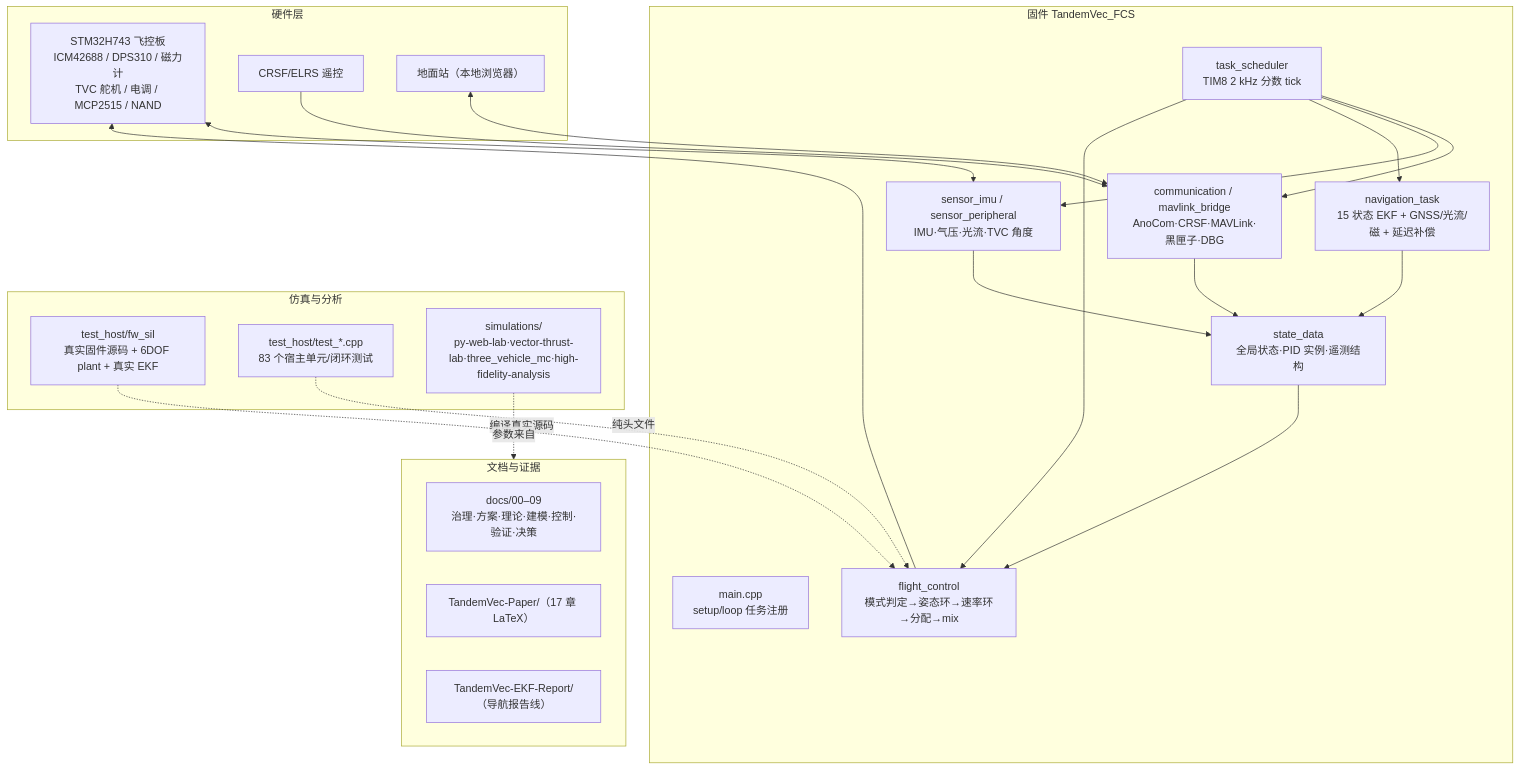
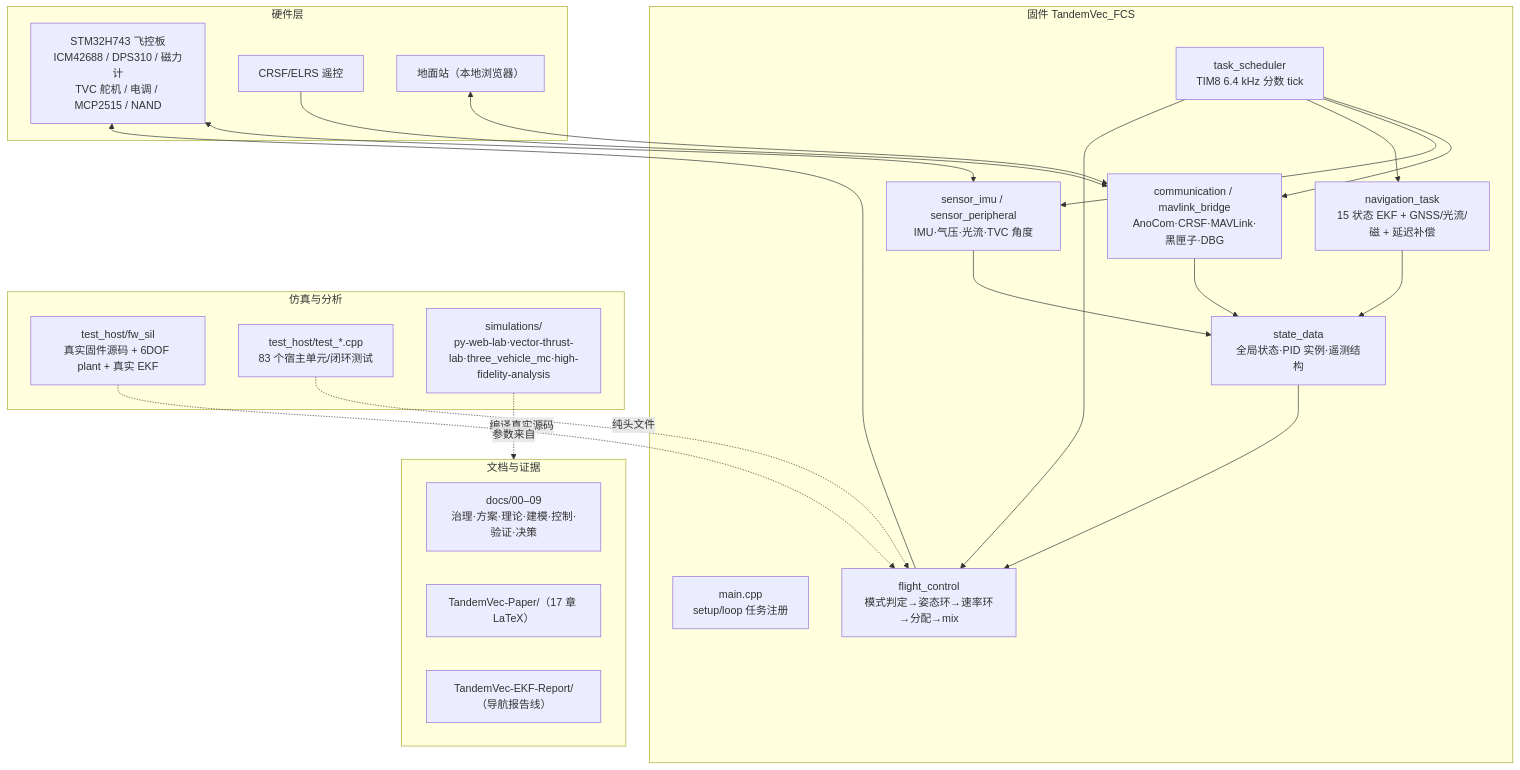
One commit to LShang001/tandem-twin-vector-thrust changed the diagram in docs/PROJECT-MAP.md. Above: the diagram before and after it, drawn with Mermaid. The commit also changed other lines of this file and 30 other files, not shown here.

````diff
--- a/docs/PROJECT-MAP.md
+++ b/docs/PROJECT-MAP.md
@@ -17,43 +17,43 @@
 ```mermaid
 flowchart TB
   subgraph HW["硬件层"]
     MCU["STM32H743 飞控板<br/>ICM42688 / DPS310 / 磁力计<br/>TVC 舵机 / 电调 / MCP2515 / NAND"]
     RC["CRSF/ELRS 遥控"]
     GCS["地面站（本地浏览器）"]
   end
 
   subgraph FW["固件 TandemVec_FCS"]
     MAIN["main.cpp<br/>setup/loop 任务注册"]
-    SCHED["task_scheduler<br/>TIM8 2 kHz 分数 tick"]
+    SCHED["task_scheduler<br/>TIM8 6.4 kHz 分数 tick"]
     COMM["communication / mavlink_bridge<br/>AnoCom·CRSF·MAVLink·黑匣子·DBG"]
     SENS["sensor_imu / sensor_peripheral<br/>IMU·气压·光流·TVC 角度"]
     NAV["navigation_task<br/>15 状态 EKF + GNSS/光流/磁 + 延迟补偿"]
     CTRL["flight_control<br/>模式判定→姿态环→速率环→分配→mix"]
     STATE["state_data<br/>全局状态·PID 实例·遥测结构"]
   end
 
   subgraph SIM["仿真与分析"]
     SIL["test_host/fw_sil<br/>真实固件源码 + 6DOF plant + 真实 EKF"]
     UNIT["test_host/test_*.cpp<br/>83 个宿主单元/闭环测试"]
     VSIM["simulations/<br/>py-web-lab·vector-thrust-lab·three_vehicle_mc·high-fidelity-analysis"]
   end
 
   subgraph DOC["文档与证据"]
     MAN["docs/00–09<br/>治理·方案·理论·建模·控制·验证·决策"]
     PAPER["TandemVec-Paper/（17 章 LaTeX）"]
     EKFR["TandemVec-EKF-Report/（导航报告线）"]
   end
 
   RC --> COMM
   GCS <--> COMM
   MCU <--> SENS
   SCHED --> COMM & SENS & NAV & CTRL
   SENS --> STATE
   COMM --> STATE
   NAV --> STATE
   STATE --> CTRL
   CTRL --> MCU
   SIL -.编译真实源码.-> CTRL
   UNIT -.纯头文件.-> CTRL
   VSIM -.参数来自.-> DOC
 ```
````
